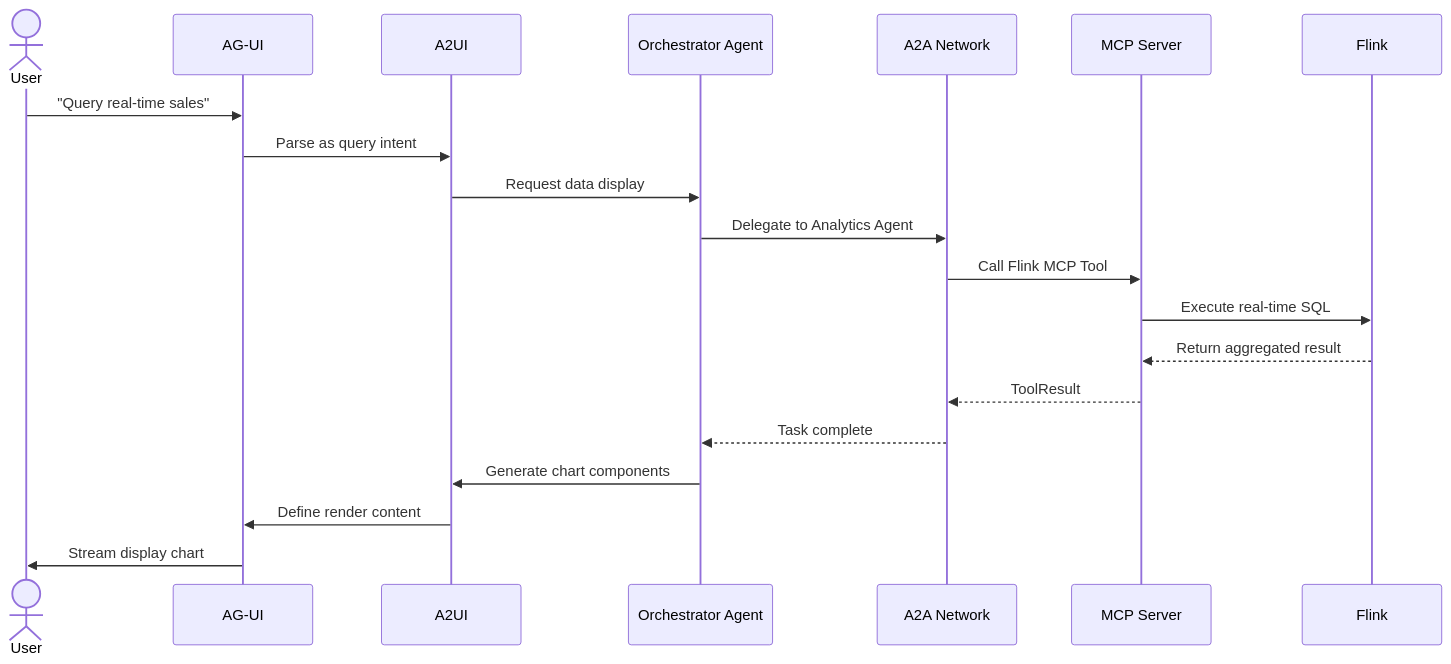
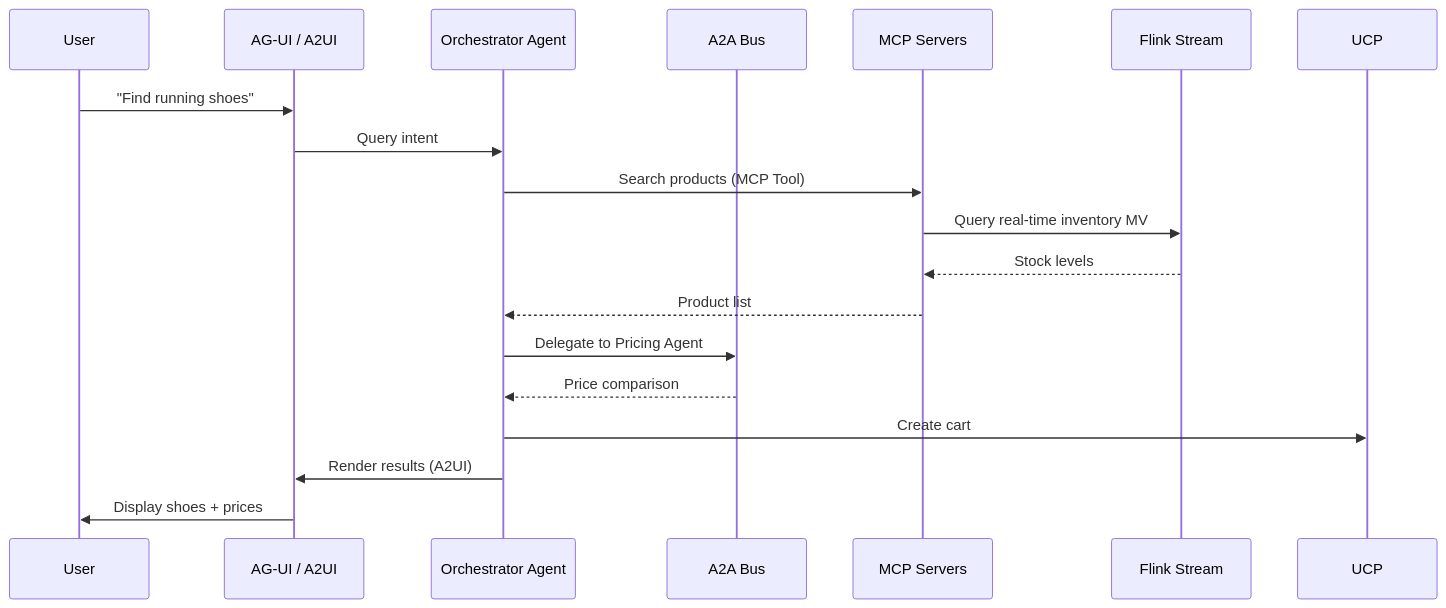
Before and after one commit to AdaMartin18010/AnalysisDataFlow: the diagram in en/ai-agent-protocol-stack-2026.md, drawn with Mermaid. The commit also changed other lines of this file and 20 other files, not shown here.

````diff
--- a/en/ai-agent-protocol-stack-2026.md
+++ b/en/ai-agent-protocol-stack-2026.md
@@ -488,25 +64,21 @@
 ```mermaid
 sequenceDiagram
-    actor User as User
-    participant AGUI as AG-UI
-    participant A2UI as A2UI
+    participant User
+    participant UI as AG-UI / A2UI
     participant Agent as Orchestrator Agent
-    participant A2A as A2A Network
-    participant MCP as MCP Server
-    participant Flink as Flink
+    participant A2A as A2A Bus
+    participant MCP as MCP Servers
+    participant Flink as Flink Stream
 
-    User->>AGUI: "Query real-time sales"
-    AGUI->>A2UI: Parse as query intent
-    A2UI->>Agent: Request data display
-
-    Agent->>A2A: Delegate to Analytics Agent
-    A2A->>MCP: Call Flink MCP Tool
-    MCP->>Flink: Execute real-time SQL
-    Flink-->>MCP: Return aggregated result
-    MCP-->>A2A: ToolResult
-    A2A-->>Agent: Task complete
-
-    Agent->>A2UI: Generate chart components
-    A2UI->>AGUI: Define render content
-    AGUI->>User: Stream display chart
+    User->>UI: "Find running shoes"
+    UI->>Agent: Query intent
+    Agent->>MCP: Search products (MCP Tool)
+    MCP->>Flink: Query real-time inventory MV
+    Flink-->>MCP: Stock levels
+    MCP-->>Agent: Product list
+    Agent->>A2A: Delegate to Pricing Agent
+    A2A-->>Agent: Price comparison
+    Agent->>UCP: Create cart
+    Agent->>UI: Render results (A2UI)
+    UI->>User: Display shoes + prices
 ```
````
